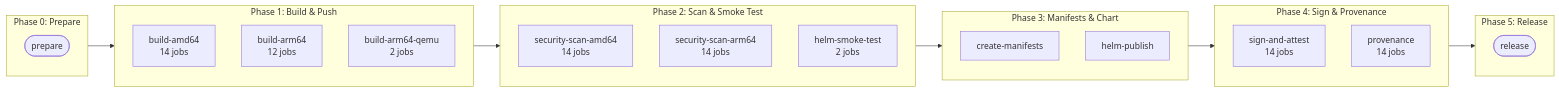
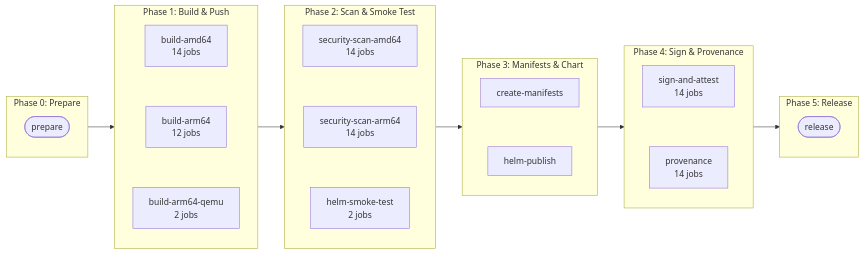
The second of 2 diagrams in docs/development/release/RELEASE_GUIDE.md (jordigilh/kubernaut), drawn with Mermaid before and after one commit.

Commit message:
docs(release): force vertical stacking of sibling jobs in the diagram
subgraph direction: TB only takes effect on connected nodes -- sibling job
boxes with no edges between them (e.g. the three build-* jobs) were laid out
arbitrarily instead of stacked. Invisible ~~~ links give the layout engine
an order to stack them in without drawing a visible line.

````diff
--- a/docs/development/release/RELEASE_GUIDE.md
+++ b/docs/development/release/RELEASE_GUIDE.md
@@ -457,38 +457,42 @@
 ```mermaid
 flowchart LR
     subgraph P0["Phase 0: Prepare"]
         prepare(["prepare"])
     end
 
     subgraph P1["Phase 1: Build & Push"]
         direction TB
         buildamd64["build-amd64\n14 jobs"]
         buildarm64["build-arm64\n12 jobs"]
         buildarm64qemu["build-arm64-qemu\n2 jobs"]
+        buildamd64 ~~~ buildarm64 ~~~ buildarm64qemu
     end
 
     subgraph P2["Phase 2: Scan & Smoke Test"]
         direction TB
         scanamd64["security-scan-amd64\n14 jobs"]
         scanarm64["security-scan-arm64\n14 jobs"]
         smoketest["helm-smoke-test\n2 jobs"]
+        scanamd64 ~~~ scanarm64 ~~~ smoketest
     end
 
     subgraph P3["Phase 3: Manifests & Chart"]
         direction TB
         manifests["create-manifests"]
         helmpublish["helm-publish"]
+        manifests ~~~ helmpublish
     end
 
     subgraph P4["Phase 4: Sign & Provenance"]
         direction TB
         signattest["sign-and-attest\n14 jobs"]
         provenance["provenance\n14 jobs"]
+        signattest ~~~ provenance
     end
 
     subgraph P5["Phase 5: Release"]
         release(["release"])
     end
 
     P0 --> P1 --> P2 --> P3 --> P4 --> P5
 ```
````
